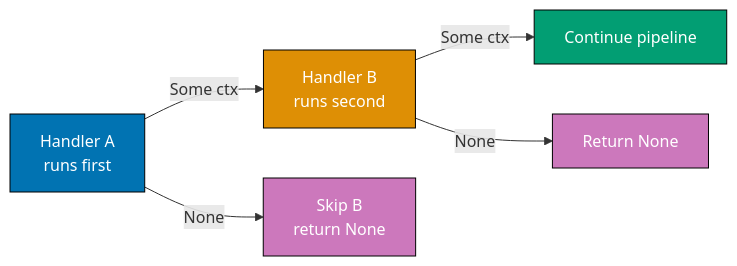
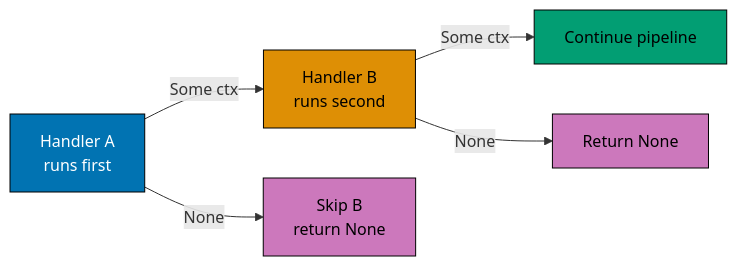
One commit to wahidyankf/ose-public changed the first of 2 diagrams in apps/ayokoding-www/content/en/learn/legacy/software-engineering/platforms/web/tools/fsharp-giraffe/by-example/intermediate.md. Above: the diagram before and after it, drawn with Mermaid. The commit also changed other lines of this file and 130 other files, not shown here.

First line of the commit message:
fix(mermaid): bring the legacy platforms diagrams onto the accessible palette

````diff
--- a/apps/ayokoding-www/content/en/learn/legacy/software-engineering/platforms/web/tools/fsharp-giraffe/by-example/intermediate.md
+++ b/apps/ayokoding-www/content/en/learn/legacy/software-engineering/platforms/web/tools/fsharp-giraffe/by-example/intermediate.md
@@ -28,14 +28,21 @@
 ```mermaid
 %% Color Palette: Blue #0173B2, Orange #DE8F05, Teal #029E73, Purple #CC78BC, Brown #CA9161
 graph LR
+    accTitle: Example 28: The Fish Operator >=> in Depth
+    accDescr: Graph with 5 nodes and 4 connections. Nodes: Handler A runs first, Handler B runs second, Skip B return None, Continue pipeline, Return None. Connections: Handler A runs first to Handler B runs second (Some ctx), Handler A runs first to Skip B return None (None), Handler B runs second to Continue pipeline (Some ctx), Handler B runs second to Return None (None).
     A["Handler A<br/>runs first"] -->|"Some ctx"| B["Handler B<br/>runs second"]
     A -->|"None"| C["Skip B<br/>return None"]
     B -->|"Some ctx"| D["Continue pipeline"]
     B -->|"None"| E["Return None"]
 
-    style A fill:#0173B2,stroke:#000,color:#fff
-    style B fill:#DE8F05,stroke:#000,color:#fff
-    style C fill:#CC78BC,stroke:#000,color:#fff
-    style D fill:#029E73,stroke:#000,color:#fff
-    style E fill:#CC78BC,stroke:#000,color:#fff
+    classDef pal-0173B2 fill:#0173B2,stroke:#000000,color:#FFFFFF
+    class A pal-0173B2
+    classDef pal-DE8F05 fill:#DE8F05,stroke:#000000,color:#000000
+    class B pal-DE8F05
+    classDef pal-CC78BC fill:#CC78BC,stroke:#000000,color:#000000
+    class C pal-CC78BC
+    classDef pal-029E73 fill:#029E73,stroke:#000000,color:#000000
+    class D pal-029E73
+    class E pal-CC78BC
+    classDef default fill:#FFFFFF,stroke:#000000,color:#000000
 ```
````
